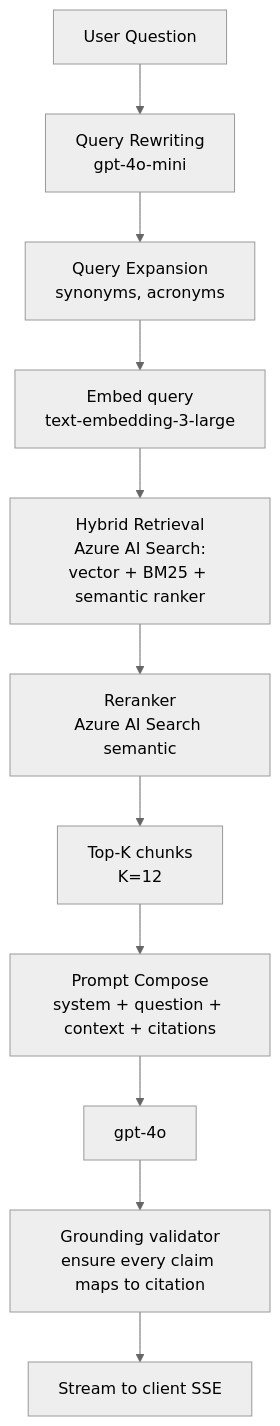
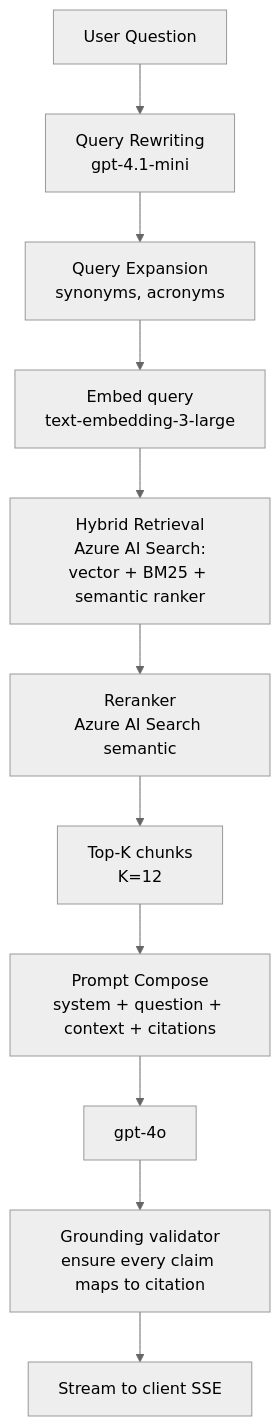
One commit to varshaengg/AI.Regulatory changed diagram 14 of 19 in docs/SDD.md. Above: the diagram before and after it, drawn with Mermaid (neutral theme). The commit also changed other lines of this file and 2 other files, not shown here.

Commit message:
fix(infra): use supported GPT-4.1-mini deployment (ADR-020)

````diff
--- a/docs/SDD.md
+++ b/docs/SDD.md
@@ -1448,13 +1448,13 @@
 ```mermaid
 flowchart TB
-    Q[User Question] --> R1[Query Rewriting<br/>gpt-4o-mini]
+    Q[User Question] --> R1[Query Rewriting<br/>gpt-4.1-mini]
     R1 --> R2[Query Expansion<br/>synonyms, acronyms]
     R2 --> V[Embed query<br/>text-embedding-3-large]
     V --> H[Hybrid Retrieval<br/>Azure AI Search:<br/>vector + BM25 + semantic ranker]
     H --> F[Reranker<br/>Azure AI Search semantic]
     F --> C[Top-K chunks<br/>K=12]
     C --> P[Prompt Compose<br/>system + question + context + citations]
     P --> L[gpt-4o]
     L --> G[Grounding validator<br/>ensure every claim maps to citation]
     G --> S[Stream to client SSE]
 ```
````
